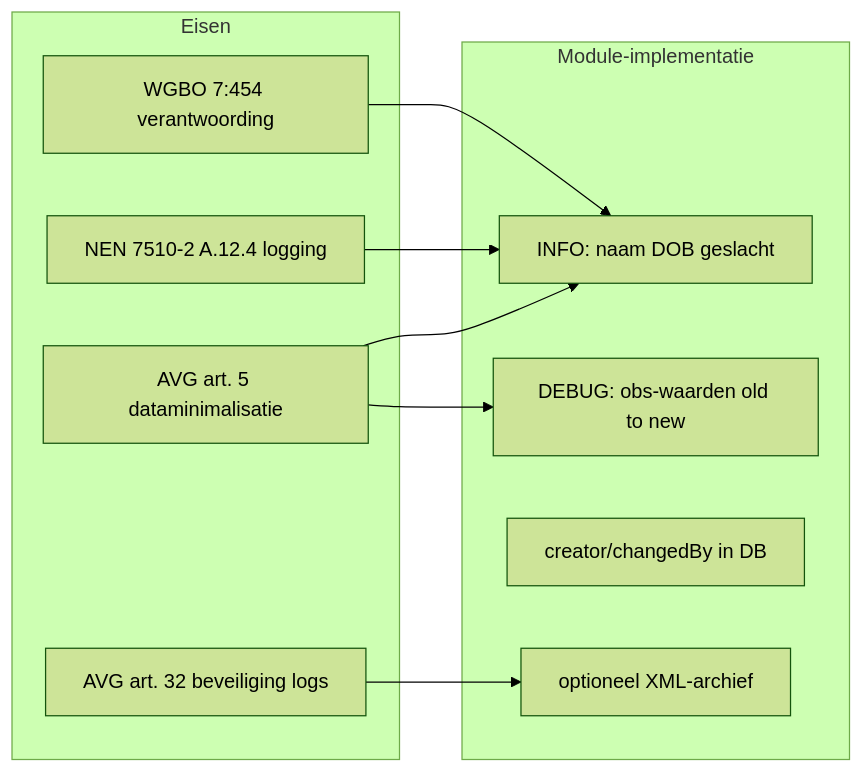
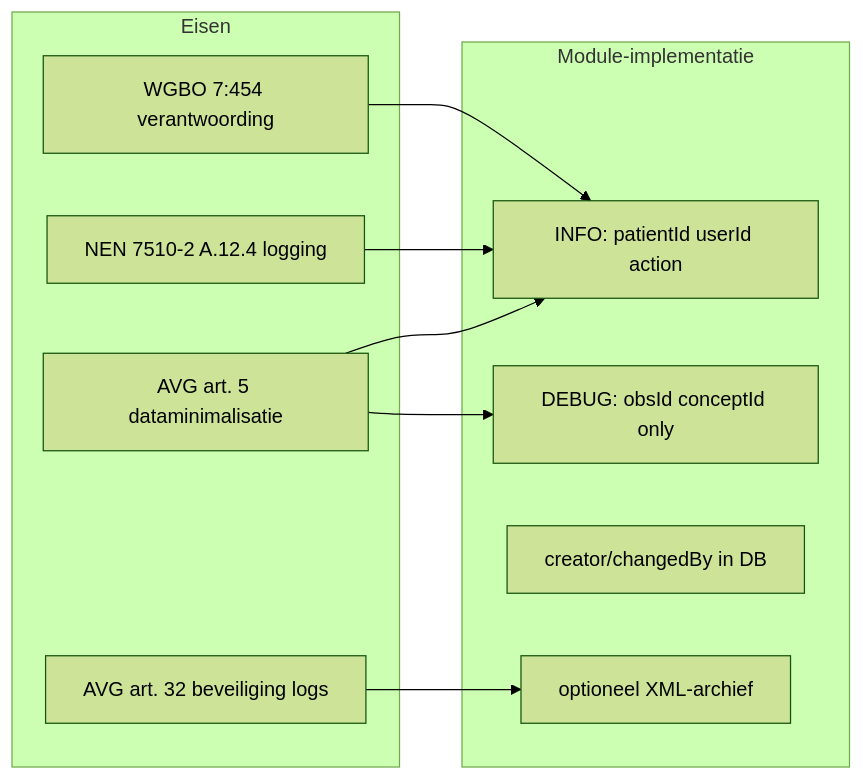
The second of 2 diagrams in docs/auditrapport/08-dpia-check.md (bami-flogert/openmrs-module-htmlformentry), drawn with Mermaid (forest theme) before and after one commit. The commit also changed other lines of this file and 6 other files, not shown here.

First line of the commit message:
fix(api): route modifyObs debug log via audit formatter

````diff
--- a/docs/auditrapport/08-dpia-check.md
+++ b/docs/auditrapport/08-dpia-check.md
@@ -169,20 +169,20 @@
 ```mermaid
 flowchart LR
     subgraph requirements [Eisen]
         WGBO[WGBO 7:454 verantwoording]
         NEN7510[NEN 7510-2 A.12.4 logging]
         AVG5[AVG art. 5 dataminimalisatie]
         AVG32[AVG art. 32 beveiliging logs]
     end
     subgraph module_impl [Module-implementatie]
-        INFOlog[INFO: naam DOB geslacht]
-        DEBUGlog[DEBUG: obs-waarden old to new]
+        INFOlog[INFO: patientId userId action]
+        DEBUGlog[DEBUG: obsId conceptId only]
         DBtrail[creator/changedBy in DB]
         Archive[optioneel XML-archief]
     end
     WGBO --> INFOlog
     NEN7510 --> INFOlog
     AVG5 --> INFOlog
     AVG5 --> DEBUGlog
     AVG32 --> Archive
 ```
````
